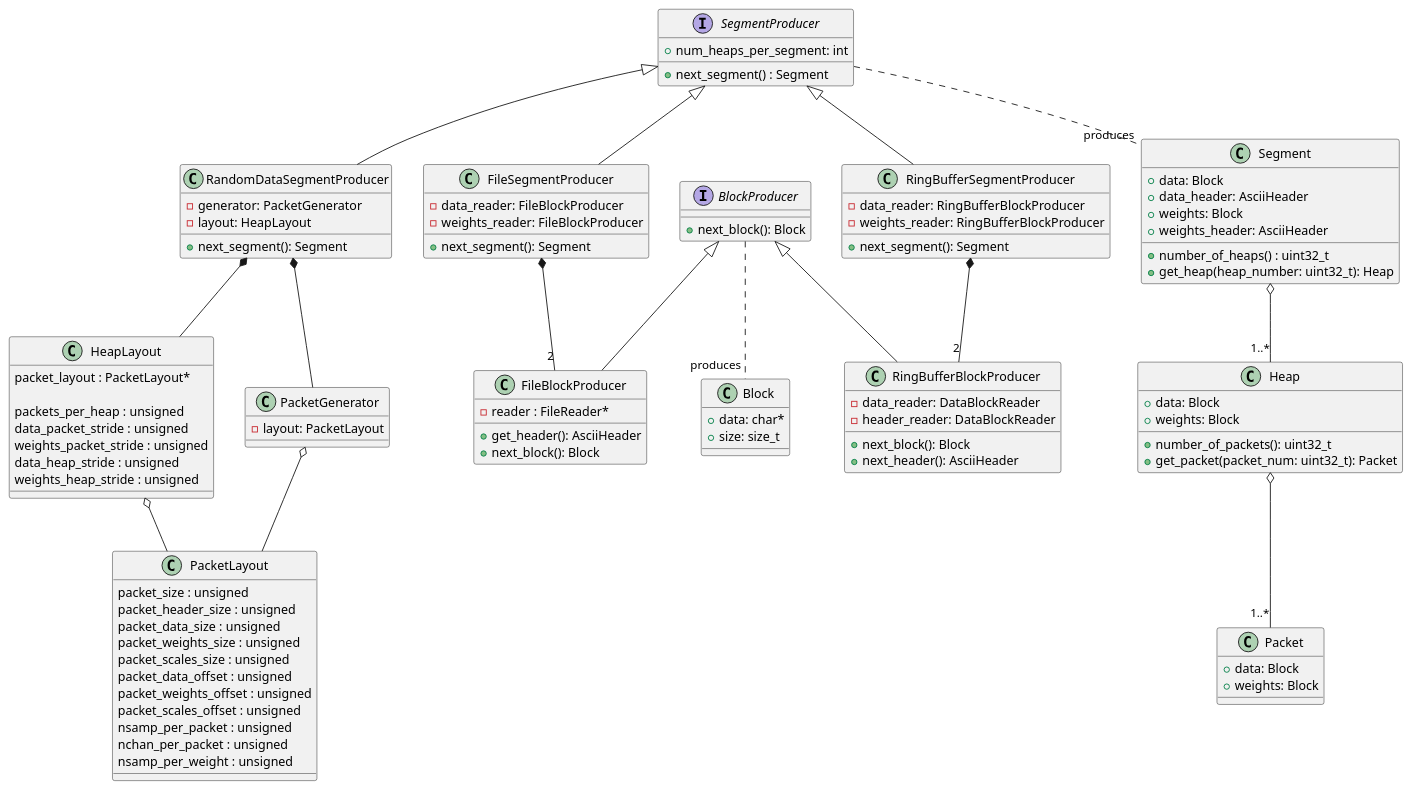
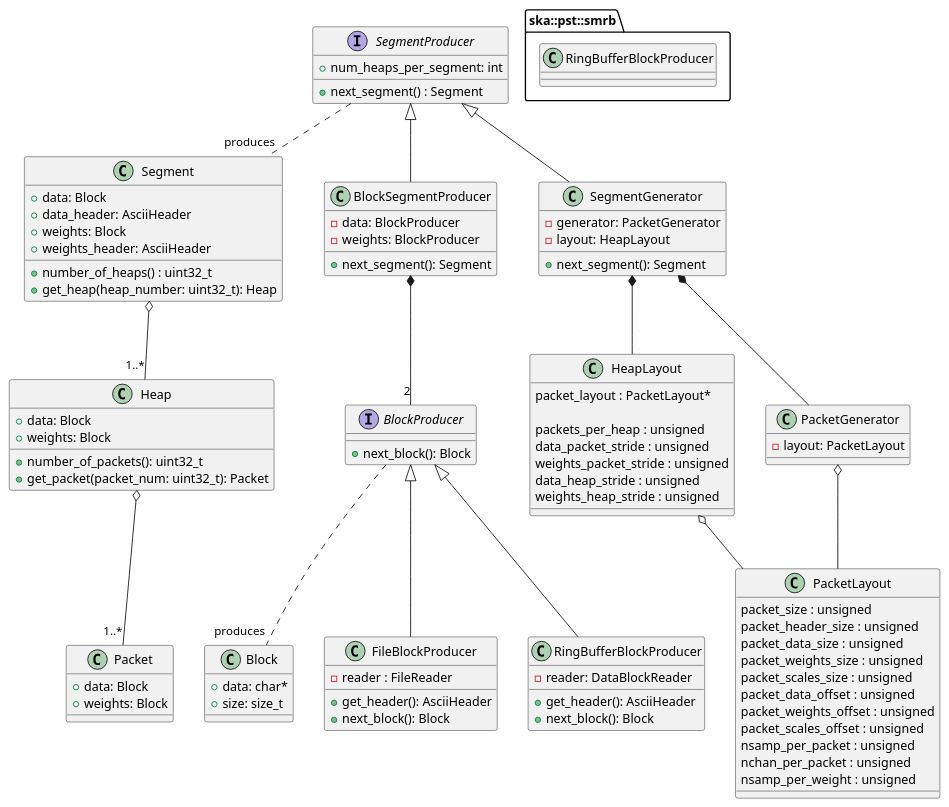
The diagram in docs/src/architecture/segment_producer_class_diagram.puml (ska-telescope/ska-pst-common), drawn with PlantUML before and after one commit. The commit also changed 16 other files, not shown here.

Commit message:
AT3-517 BlockLoader -> BlockProducer and DataBlockSource -> SegmentProducer

```diff
--- a/docs/src/architecture/segment_producer_class_diagram.puml
+++ b/docs/src/architecture/segment_producer_class_diagram.puml
@@ -1,154 +1,144 @@
 @startuml PST Data Segment class diagram
 
 interface SegmentProducer 
 {
     + num_heaps_per_segment: int
     + next_segment() : Segment
 }
 
 ' A segment is contiguous sequence of heaps and in general the source of data is
 ' a source of multiple contiguous sequences of heaps.
 ' Such as the ringbuffers have a size of N * resolution, where
 ' resolution is the size of a heap.
 class Segment
 {
     + data: Block
     + data_header: AsciiHeader
     + weights: Block
     + weights_header: AsciiHeader
     + number_of_heaps() : uint32_t
     + get_heap(heap_number: uint32_t): Heap
 }
 
 SegmentProducer .. "produces" Segment
 
 ' In PST a Heap is a specific term that ensures that all channels
 ' for a subband have been seen. A packet may only have a subset of
 ' of channels but a heap will have all channels.
 class Heap
 {
     + data: Block
     + weights: Block
     + number_of_packets(): uint32_t
     + get_packet(packet_num: uint32_t): Packet
 }
 
 Segment o-- "1..*" Heap
 
 ' a packet is the smallest chunk of data we get from CBF
 ' and what we can write to a file.
 class Packet
 {
     + data: Block
     + weights: Block
 }
 
 Heap o-- "1..*" Packet
 
 interface BlockProducer 
 {
     + next_block(): Block
 }
 
 ' A block could be any size it, it could be a chunck of data
 ' for a whole slice, heap, packet, etc or chunck of weights.
 ' The only thing is it is not a combination of data+weights it
 ' is one or the other.
 class Block 
 {
     + data: char*
     + size: size_t
 }
 
-' Provides a source of heaps. Implementation of this could
-' hide the fact that it needs to load another data+weights file
-' with out the SegmentProducer knowing that
-class FileSegmentProducer 
+' A source of heaps that have been divided into blocks
+class BlockSegmentProducer 
 {
-    - data_reader: FileBlockProducer
-    - weights_reader: FileBlockProducer
+    - data: BlockProducer
+    - weights: BlockProducer
     + next_segment(): Segment
 }
 
+SegmentProducer <|-- BlockSegmentProducer
+
 class FileBlockProducer 
 {
-    - reader : FileReader*
+    - reader : FileReader
     + get_header(): AsciiHeader
     + next_block(): Block
 }
 
-FileSegmentProducer *-- "2" FileBlockProducer
-SegmentProducer <|-- FileSegmentProducer
-BlockProducer <|-- FileBlockProducer
-
-BlockProducer .. "produces" Block
-
-class RingBufferSegmentProducer 
-{
-    - data_reader: RingBufferBlockProducer
-    - weights_reader: RingBufferBlockProducer
-    + next_segment(): Segment
+package ska::pst::smrb {
+  class RingBufferBlockProducer
 }
 
 class RingBufferBlockProducer 
 {
-    - data_reader: DataBlockReader
-    - header_reader: DataBlockReader
+    - reader: DataBlockReader
+    + get_header(): AsciiHeader
     + next_block(): Block
-    + next_header(): AsciiHeader
 }
 
-
-RingBufferSegmentProducer *-- "2" RingBufferBlockProducer
+BlockSegmentProducer *-- "2" BlockProducer
+BlockProducer <|-- FileBlockProducer
 BlockProducer <|-- RingBufferBlockProducer
 
-SegmentProducer <|-- RingBufferSegmentProducer
+BlockProducer .. "produces" Block
 
-class RandomDataSegmentProducer 
+class SegmentGenerator 
 {
     - generator: PacketGenerator
     - layout: HeapLayout
     + next_segment(): Segment
 }
 
-SegmentProducer <|-- RandomDataSegmentProducer
-RandomDataSegmentProducer *-- HeapLayout
-RandomDataSegmentProducer *-- PacketGenerator
+SegmentProducer <|-- SegmentGenerator
+SegmentGenerator *-- HeapLayout
+SegmentGenerator *-- PacketGenerator
 
 class PacketGenerator 
 {
     - layout: PacketLayout
 }
 
 class HeapLayout
 {
   packet_layout : PacketLayout*
 
   packets_per_heap : unsigned
   data_packet_stride : unsigned
   weights_packet_stride : unsigned
   data_heap_stride : unsigned
   weights_heap_stride : unsigned 
 }
 
 class PacketLayout
 {
   packet_size : unsigned
   packet_header_size : unsigned
   packet_data_size : unsigned
   packet_weights_size : unsigned
   packet_scales_size : unsigned
   packet_data_offset : unsigned
   packet_weights_offset : unsigned
   packet_scales_offset : unsigned
   nsamp_per_packet : unsigned
   nchan_per_packet : unsigned
   nsamp_per_weight : unsigned
 }
 
 
 HeapLayout o-- PacketLayout
 
 PacketGenerator o-- PacketLayout
 
 @enduml
```
